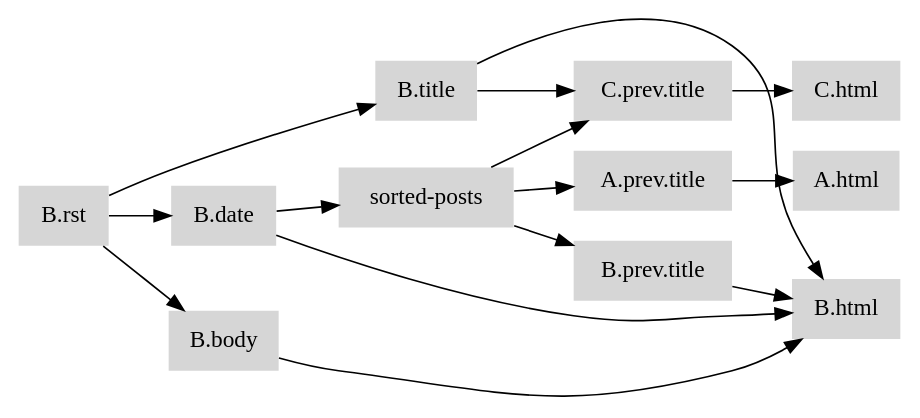
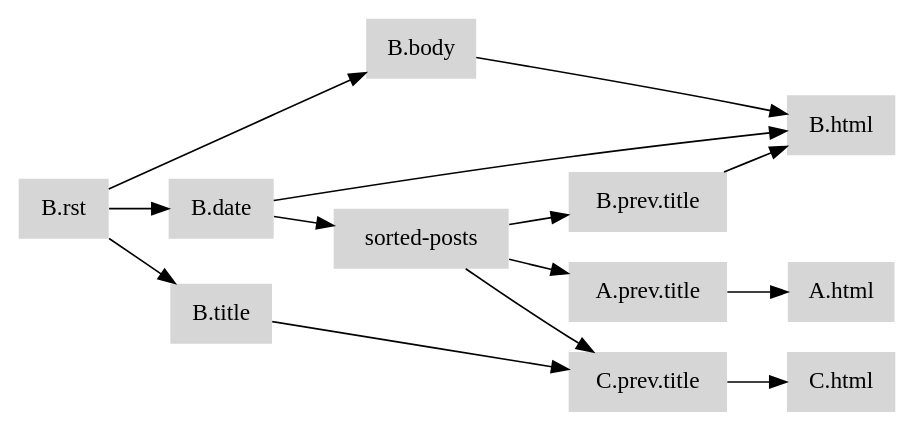
The diagram in contingent/diagram2.dot (aosabook/500lines), drawn with Graphviz before and after one commit. The commit also changed 2 other files, not shown here.

```diff
--- a/contingent/diagram2.dot
+++ b/contingent/diagram2.dot
@@ -1,18 +1,17 @@
 digraph {
 graph [rankdir=LR];
 node [shape=rect penwidth=0 style=filled fillcolor="#d6d6d6"];
 "A.prev.title" -> "A.html"
 "B.body" -> "B.html"
 "B.date" -> "B.html"
 "B.date" -> "sorted-posts"
 "B.prev.title" -> "B.html"
 "B.rst" -> "B.body"
 "B.rst" -> "B.date"
 "B.rst" -> "B.title"
-"B.title" -> "B.html"
 "B.title" -> "C.prev.title"
 "C.prev.title" -> "C.html"
 "sorted-posts" -> "A.prev.title"
 "sorted-posts" -> "B.prev.title"
 "sorted-posts" -> "C.prev.title"
 }
```
